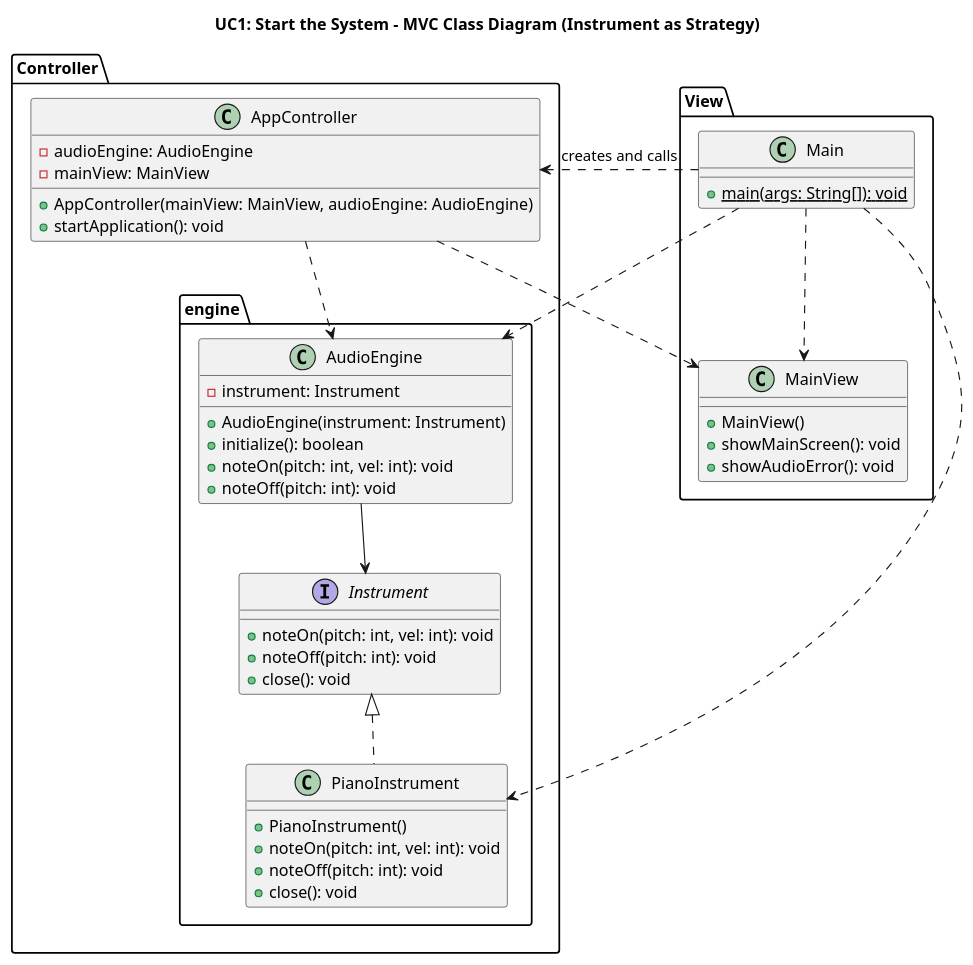
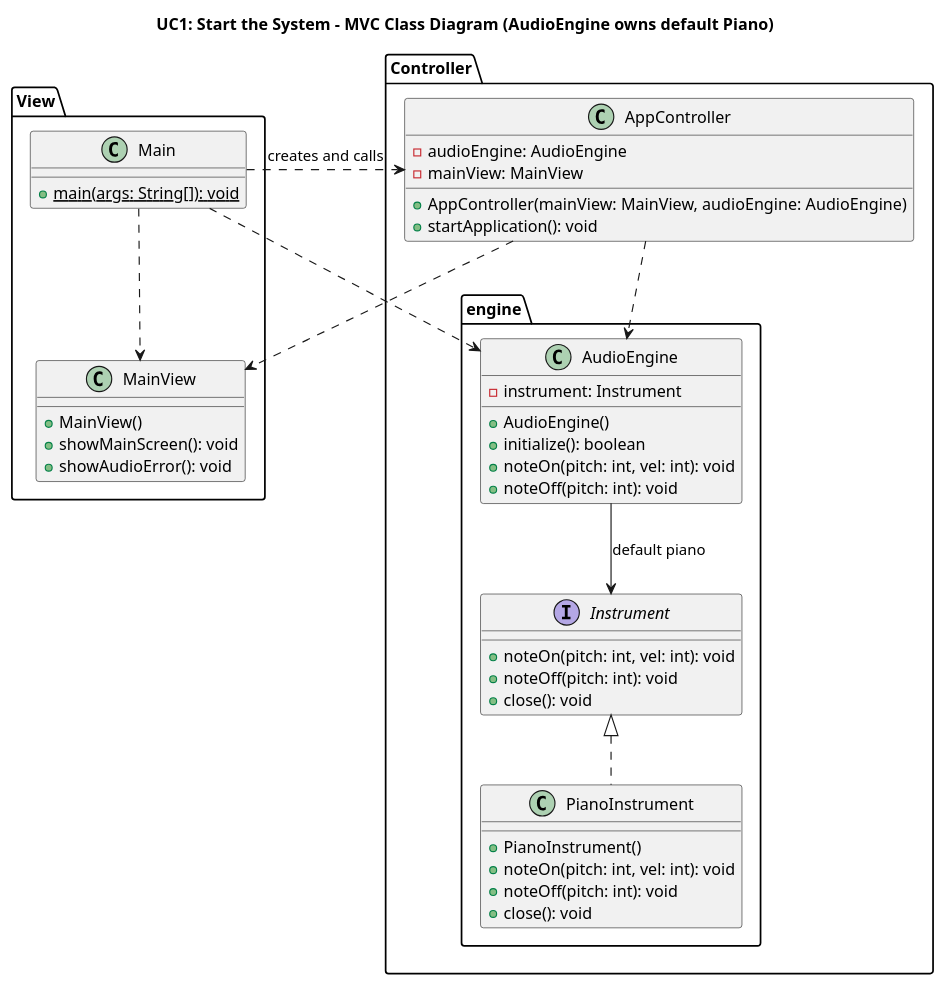
Before and after one commit to nu-cs-sw-design/project-20252601-music_platform: the diagram in docs/design/design.puml, drawn with PlantUML. The commit also changed 2 other files, not shown here.

Commit message:
main writing

```diff
--- a/docs/design/design.puml
+++ b/docs/design/design.puml
@@ -1,57 +1,56 @@
 @startuml
-title UC1: Start the System - MVC Class Diagram (Instrument as Strategy)
+title UC1: Start the System - MVC Class Diagram (AudioEngine owns default Piano)
 
 package View {
     class Main {
         +{static} main(args: String[]): void
     }
 
     class MainView {
         +MainView()
         +showMainScreen(): void
         +showAudioError(): void
     }
 }
 
 package Controller {
     class AppController {
         -audioEngine: AudioEngine
         -mainView: MainView
 
         +AppController(mainView: MainView, audioEngine: AudioEngine)
         +startApplication(): void
     }
 
     package engine {
         interface Instrument {
             +noteOn(pitch: int, vel: int): void
             +noteOff(pitch: int): void
             +close(): void
         }
 
         class PianoInstrument implements Instrument {
             +PianoInstrument()
             +noteOn(pitch: int, vel: int): void
             +noteOff(pitch: int): void
             +close(): void
         }
 
         class AudioEngine {
             -instrument: Instrument
-            +AudioEngine(instrument: Instrument)
+            +AudioEngine()
             +initialize(): boolean
             +noteOn(pitch: int, vel: int): void
             +noteOff(pitch: int): void
         }
     }
 }
 
 Main ..> AppController : "creates and calls"
 Main ..> MainView
-Main ..> PianoInstrument
 Main ..> AudioEngine
 AppController ..> MainView
 AppController ..> AudioEngine
-AudioEngine --> Instrument
+AudioEngine --> Instrument : "default piano"
 
 @enduml
```
